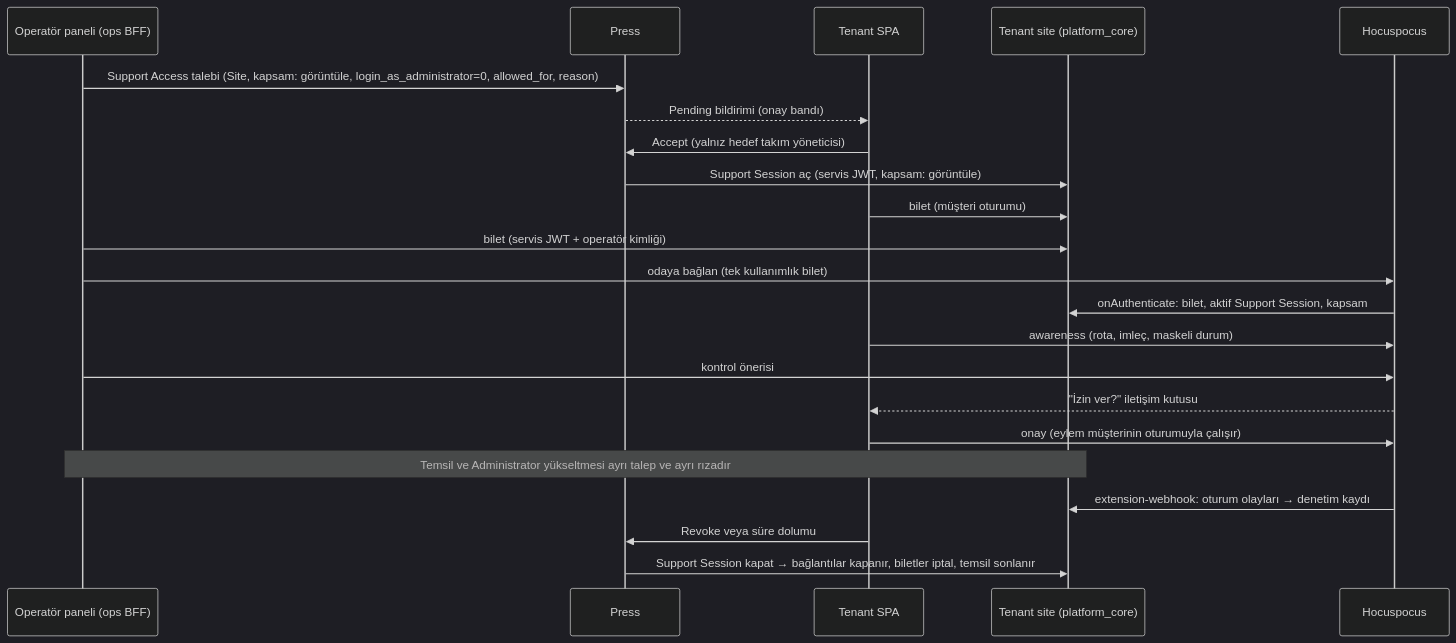
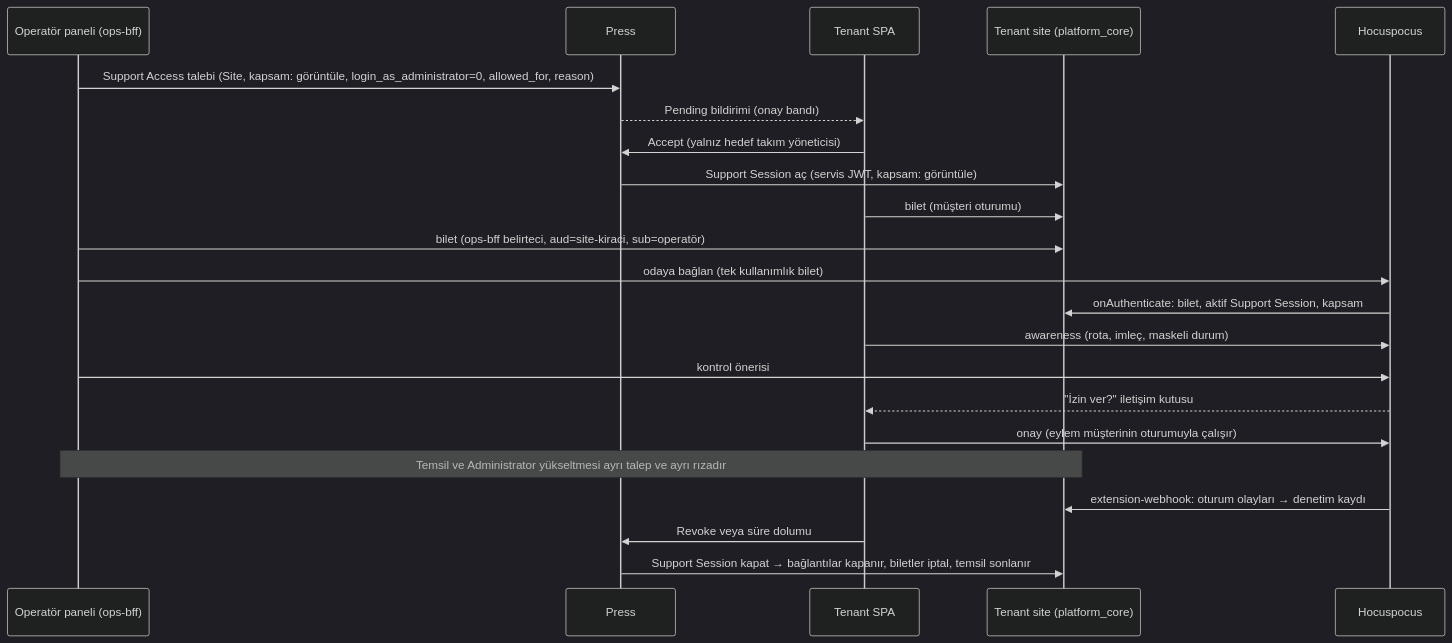
One commit to karacaismail/frappesetup changed the diagram in src/content/docs/rail-6-operasyon.md. Above: the diagram before and after it, drawn with Mermaid (dark theme). The commit also changed other lines of this file and 30 other files, not shown here.

````diff
--- a/src/content/docs/rail-6-operasyon.md
+++ b/src/content/docs/rail-6-operasyon.md
@@ -88,24 +88,24 @@
 ```mermaid
 sequenceDiagram
-    participant Op as Operatör paneli (ops BFF)
+    participant Op as Operatör paneli (ops-bff)
     participant P as Press
     participant T as Tenant SPA
     participant S as Tenant site (platform_core)
     participant H as Hocuspocus
     Op->>P: Support Access talebi (Site, kapsam: görüntüle, login_as_administrator=0, allowed_for, reason)
     P-->>T: Pending bildirimi (onay bandı)
     T->>P: Accept (yalnız hedef takım yöneticisi)
     P->>S: Support Session aç (servis JWT, kapsam: görüntüle)
     T->>S: bilet (müşteri oturumu)
-    Op->>S: bilet (servis JWT + operatör kimliği)
+    Op->>S: bilet (ops-bff belirteci, aud=site-kiraci, sub=operatör)
     Op->>H: odaya bağlan (tek kullanımlık bilet)
     H->>S: onAuthenticate: bilet, aktif Support Session, kapsam
     T->>H: awareness (rota, imleç, maskeli durum)
     Op->>H: kontrol önerisi
     H-->>T: "İzin ver?" iletişim kutusu
     T->>H: onay (eylem müşterinin oturumuyla çalışır)
     Note over Op,S: Temsil ve Administrator yükseltmesi ayrı talep ve ayrı rızadır
     H->>S: extension-webhook: oturum olayları → denetim kaydı
     T->>P: Revoke veya süre dolumu
     P->>S: Support Session kapat → bağlantılar kapanır, biletler iptal, temsil sonlanır
 ```
````
